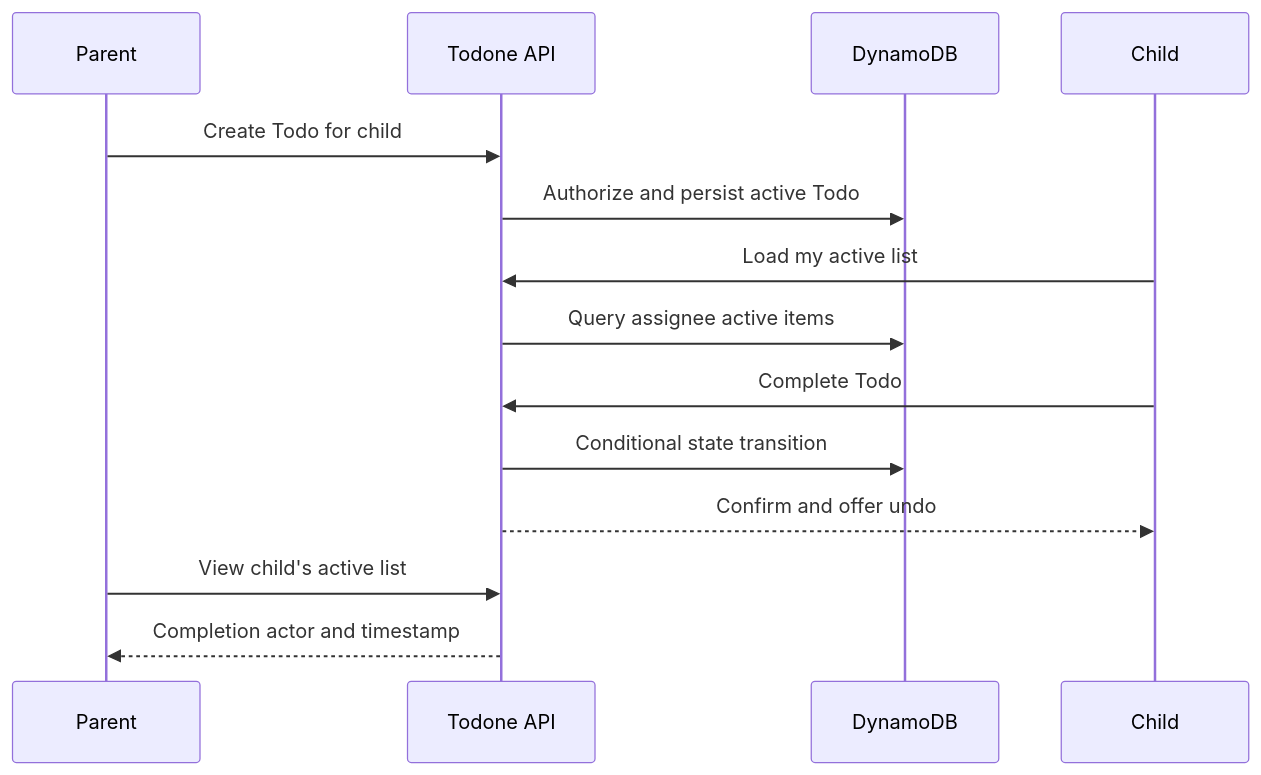
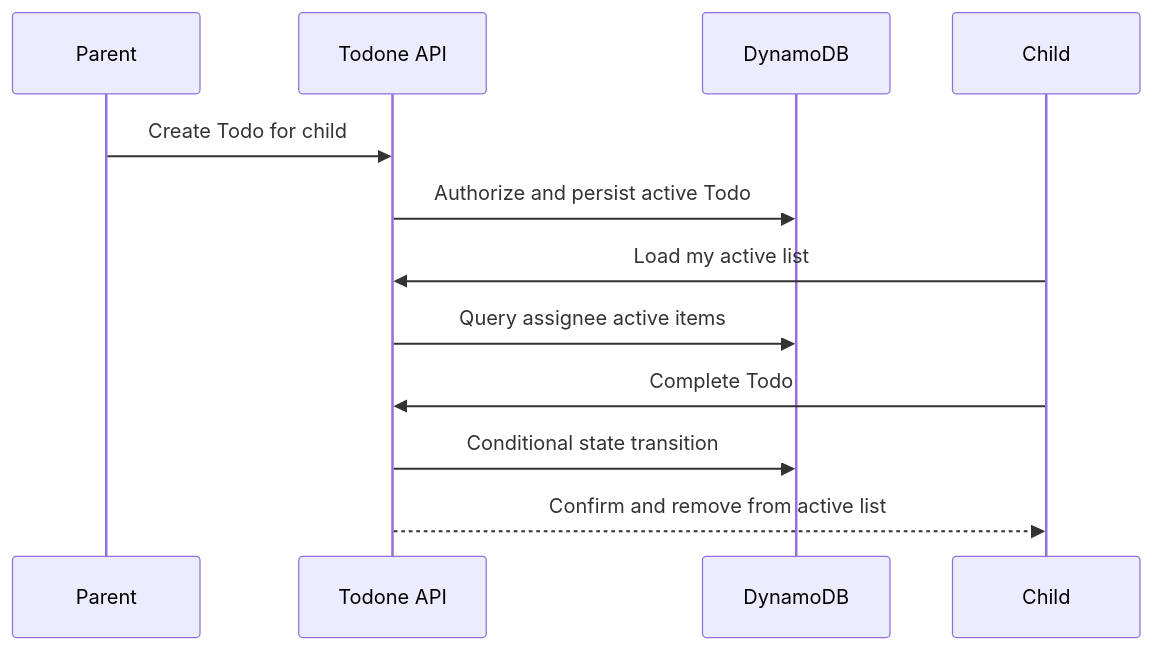
Before and after one commit to joew-ai/todone: the diagram in openspec/changes/complete-first-family-todo/design.md, drawn with Mermaid. The commit also changed other lines of this file and 44 other files, not shown here.

````diff
--- a/openspec/changes/complete-first-family-todo/design.md
+++ b/openspec/changes/complete-first-family-todo/design.md
@@ -13,16 +13,14 @@
 ```mermaid
 sequenceDiagram
     participant P as Parent
     participant API as Todone API
     participant D as DynamoDB
     participant C as Child
     P->>API: Create Todo for child
     API->>D: Authorize and persist active Todo
     C->>API: Load my active list
     API->>D: Query assignee active items
     C->>API: Complete Todo
     API->>D: Conditional state transition
-    API-->>C: Confirm and offer undo
-    P->>API: View child's active list
-    API-->>P: Completion actor and timestamp
+    API-->>C: Confirm and remove from active list
 ```
````
